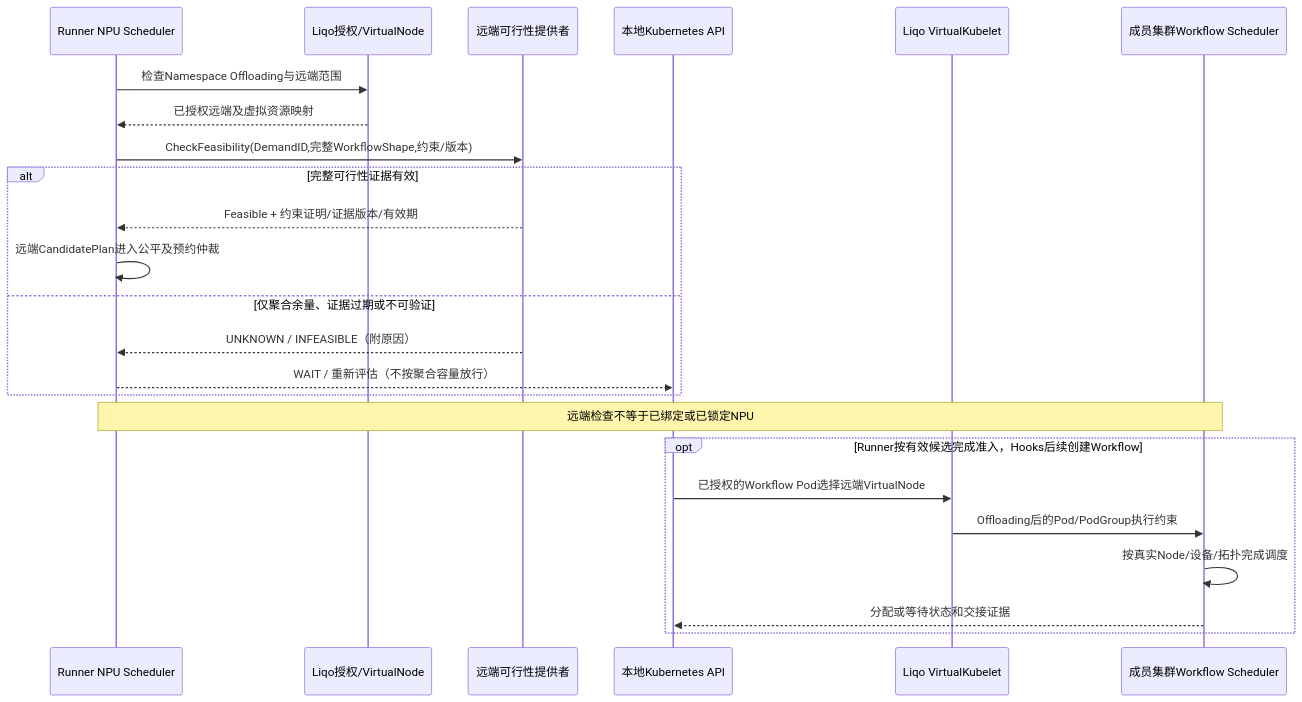
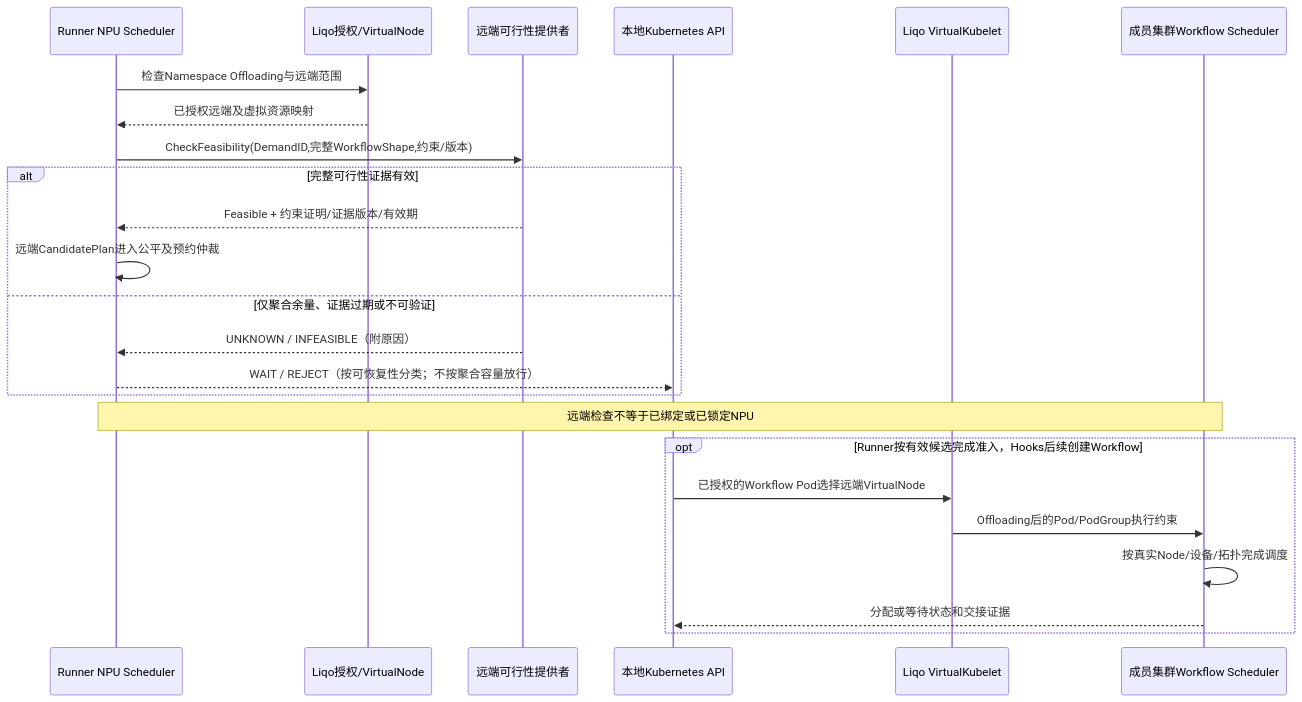
Before and after one commit to ascend-gha-runners/scheduler-plugins: the seventh of 9 diagrams in docs/system-design.md, drawn with Mermaid. The commit also changed other lines of this file, not shown here.

```diff
--- a/docs/system-design.md
+++ b/docs/system-design.md
@@ -896,26 +896,26 @@
 ~~~mermaid
 sequenceDiagram
   participant NS as Runner NPU Scheduler
   participant L as Liqo授权/VirtualNode
   participant RF as 远端可行性提供者
   participant API as 本地Kubernetes API
   participant VR as Liqo VirtualKubelet
   participant MC as 成员集群Workflow Scheduler
   NS->>L: 检查Namespace Offloading与远端范围
   L-->>NS: 已授权远端及虚拟资源映射
   NS->>RF: CheckFeasibility(DemandID,完整WorkflowShape,约束/版本)
   alt 完整可行性证据有效
     RF-->>NS: Feasible + 约束证明/证据版本/有效期
     NS->>NS: 远端CandidatePlan进入公平及预约仲裁
   else 仅聚合余量、证据过期或不可验证
     RF-->>NS: UNKNOWN / INFEASIBLE（附原因）
-    NS-->>API: WAIT / 重新评估（不按聚合容量放行）
+    NS-->>API: WAIT / REJECT（按可恢复性分类；不按聚合容量放行）
   end
   Note over NS,MC: 远端检查不等于已绑定或已锁定NPU
   opt Runner按有效候选完成准入，Hooks后续创建Workflow
     API->>VR: 已授权的Workflow Pod选择远端VirtualNode
     VR->>MC: Offloading后的Pod/PodGroup执行约束
     MC->>MC: 按真实Node/设备/拓扑完成调度
     MC-->>API: 分配或等待状态和交接证据
   end
 ~~~
```
